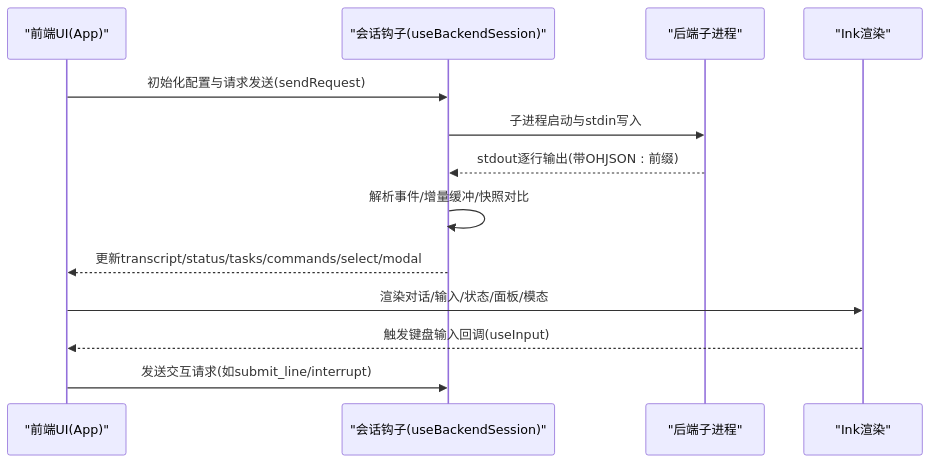
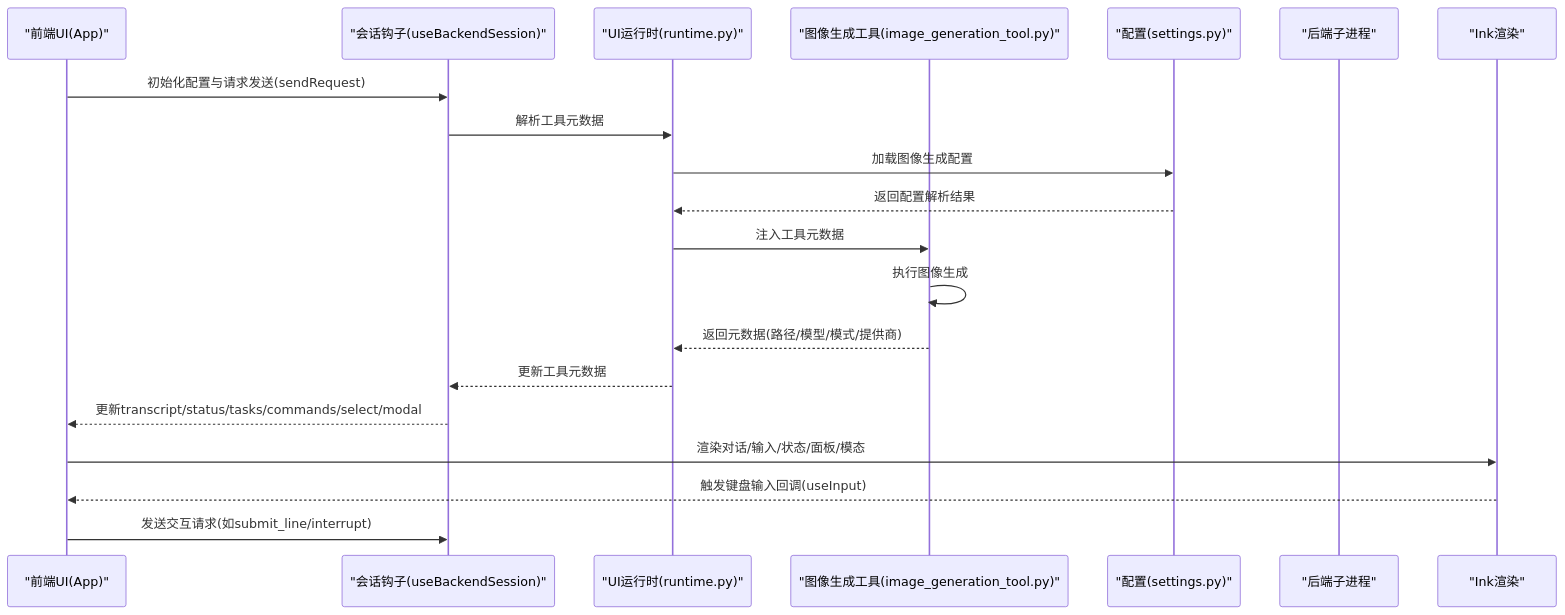
One commit to tea4go/OpenHarness changed the second of 7 diagrams in .qoder/repowiki/zh/content/用户界面/用户界面.md. Above: the diagram before and after it, drawn with Mermaid. The commit also changed other lines of this file and 4 other files, not shown here.

First line of the commit message:
docs(ui): 增强UI运行时与图像生成工具支持

````diff
--- a/.qoder/repowiki/zh/content/用户界面/用户界面.md
+++ b/.qoder/repowiki/zh/content/用户界面/用户界面.md
@@ -113,15 +130,22 @@
 ```mermaid
 sequenceDiagram
 participant UI as "前端UI(App)"
 participant Hook as "会话钩子(useBackendSession)"
+participant Runtime as "UI运行时(runtime.py)"
+participant Tool as "图像生成工具(image_generation_tool.py)"
+participant Config as "配置(settings.py)"
 participant Proc as "后端子进程"
 participant Ink as "Ink渲染"
 UI->>Hook : 初始化配置与请求发送(sendRequest)
-Hook->>Proc : 子进程启动与stdin写入
-Proc-->>Hook : stdout逐行输出(带OHJSON : 前缀)
-Hook->>Hook : 解析事件/增量缓冲/快照对比
+Hook->>Runtime : 解析工具元数据
+Runtime->>Config : 加载图像生成配置
+Config-->>Runtime : 返回配置解析结果
+Runtime->>Tool : 注入工具元数据
+Tool->>Tool : 执行图像生成
+Tool-->>Runtime : 返回元数据(路径/模型/模式/提供商)
+Runtime-->>Hook : 更新工具元数据
 Hook-->>UI : 更新transcript/status/tasks/commands/select/modal
 UI->>Ink : 渲染对话/输入/状态/面板/模态
 Ink-->>UI : 触发键盘输入回调(useInput)
 UI->>Hook : 发送交互请求(如submit_line/interrupt)
 ```
````
